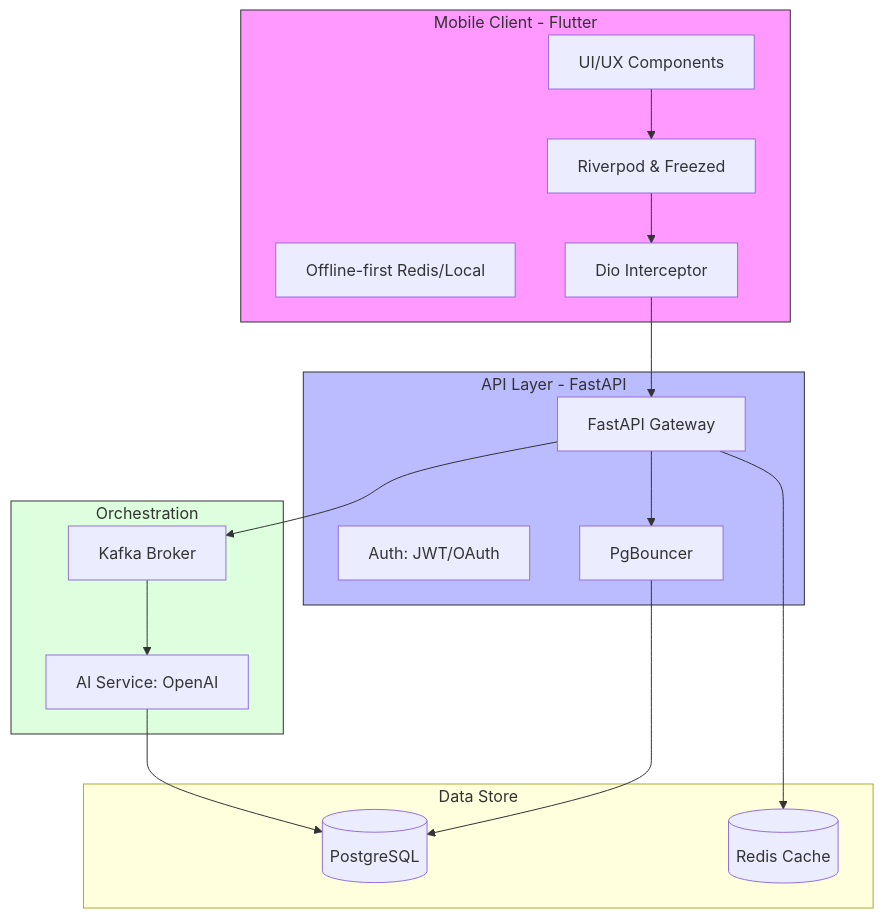
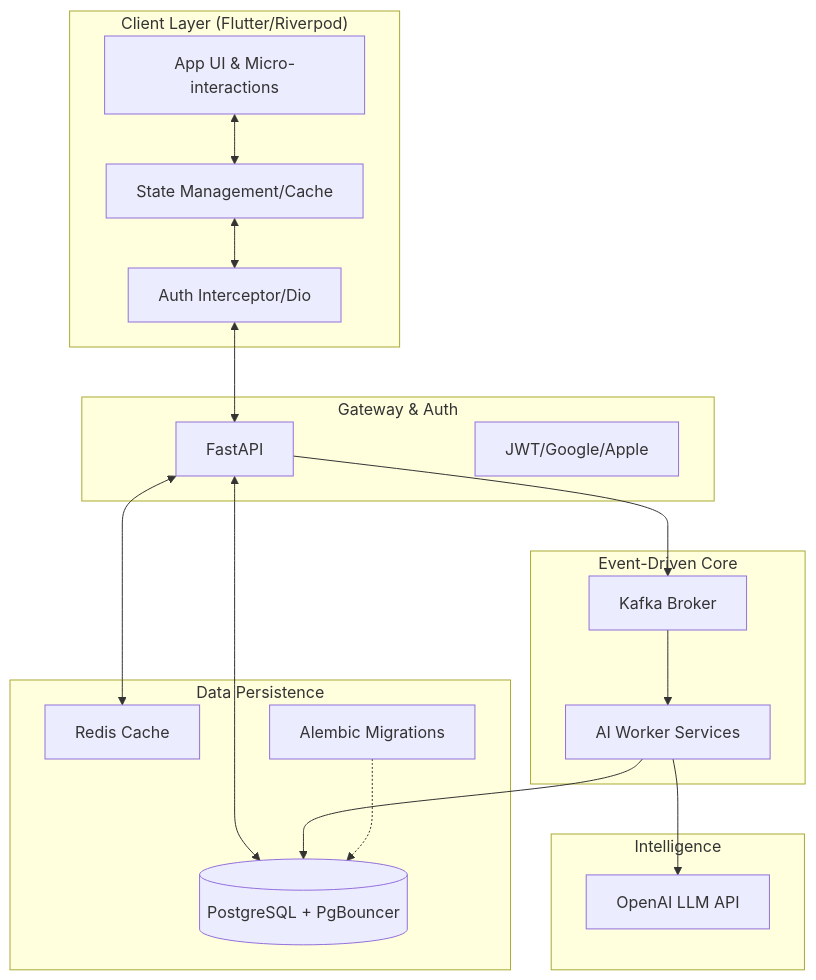
Before and after one commit to team-zeroone/zeroone-web-v6: the diagram in content/portfolio/regen-lexigram.md, drawn with Mermaid. The commit also changed other lines of this file, not shown here.

Commit message:
update(portfolio): [REGEN] Lexigram

````diff
--- a/content/portfolio/regen-lexigram.md
+++ b/content/portfolio/regen-lexigram.md
@@ -17,39 +17,40 @@
 ```mermaid
 flowchart TD
-    subgraph Frontend [Mobile Client - Flutter]
-        UI[UI/UX Components]
-        State[Riverpod & Freezed]
-        Cache[Offline-first Redis/Local]
-        Auth[Dio Interceptor]
+    subgraph Client ["Client Layer (Flutter/Riverpod)"]
+        UI[App UI & Micro-interactions]
+        State[State Management/Cache]
+        Auth[Auth Interceptor/Dio]
     end
 
-    subgraph Backend [API Layer - FastAPI]
-        Gateway[FastAPI Gateway]
-        Identity[Auth: JWT/OAuth]
-        Pgb[PgBouncer]
+    subgraph API ["Gateway & Auth"]
+        Gateway[FastAPI]
+        Security[JWT/Google/Apple]
     end
 
-    subgraph Events [Orchestration]
+    subgraph Messaging ["Event-Driven Core"]
         Kafka[Kafka Broker]
-        AI[AI Service: OpenAI]
+        Workers[AI Worker Services]
     end
 
-    subgraph Persistence [Data Store]
-        DB[(PostgreSQL)]
-        Redis[(Redis Cache)]
+    subgraph Storage ["Data Persistence"]
+        DB[(PostgreSQL + PgBouncer)]
+        Redis[Redis Cache]
+        Alembic[Alembic Migrations]
     end
 
-    UI --> State
-    State --> Auth
-    Auth --> Gateway
-    Gateway --> Redis
-    Gateway --> Pgb
-    Pgb --> DB
+    subgraph AI ["Intelligence"]
+        OpenAI[OpenAI LLM API]
+    end
+
+    UI <--> State
+    State <--> Auth
+    Auth <--> Gateway
+    Gateway <--> Redis
+    Gateway <--> DB
     Gateway --> Kafka
-    Kafka --> AI
-    AI --> DB
+    Kafka --> Workers
+    Workers --> OpenAI
+    Workers --> DB
     
-    style Frontend fill:#f9f,stroke:#333
-    style Backend fill:#bbf,stroke:#333
-    style Events fill:#dfd,stroke:#333
+    Alembic -.-> DB
 ```
````
